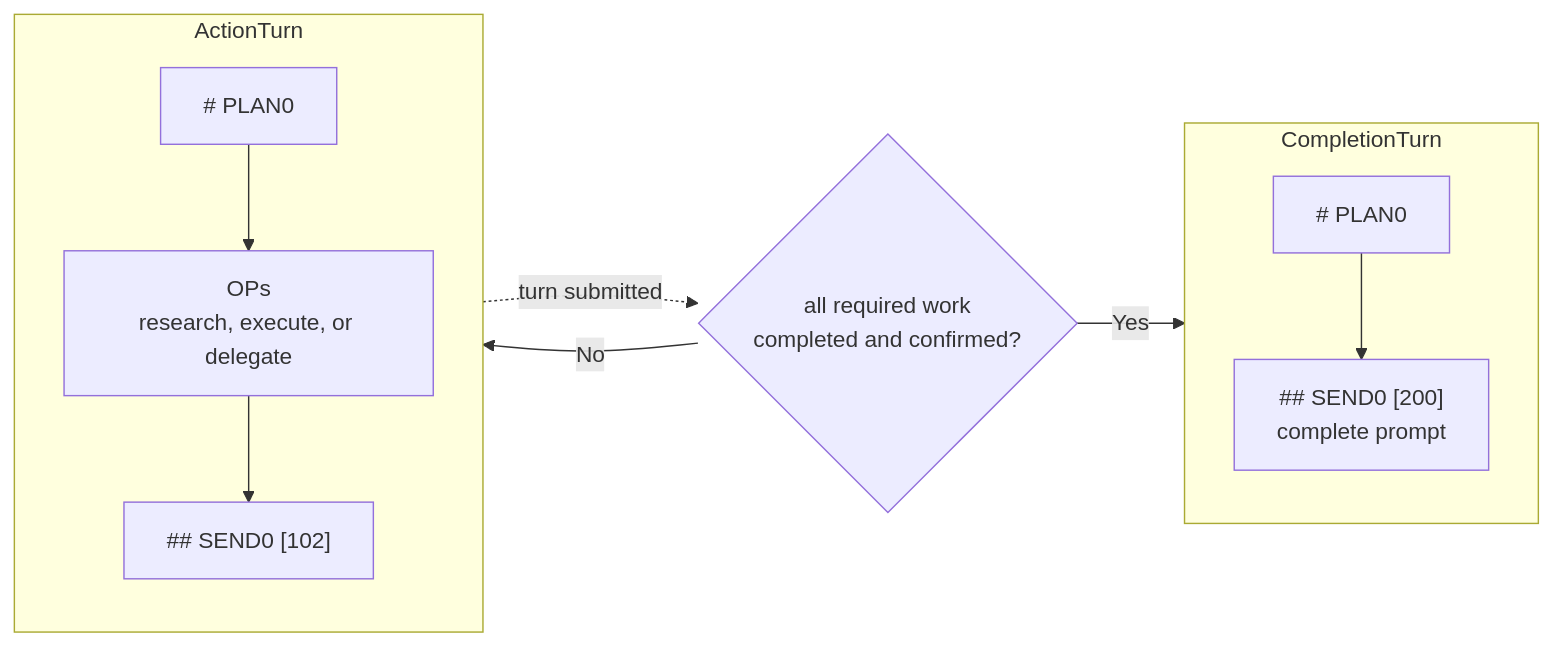
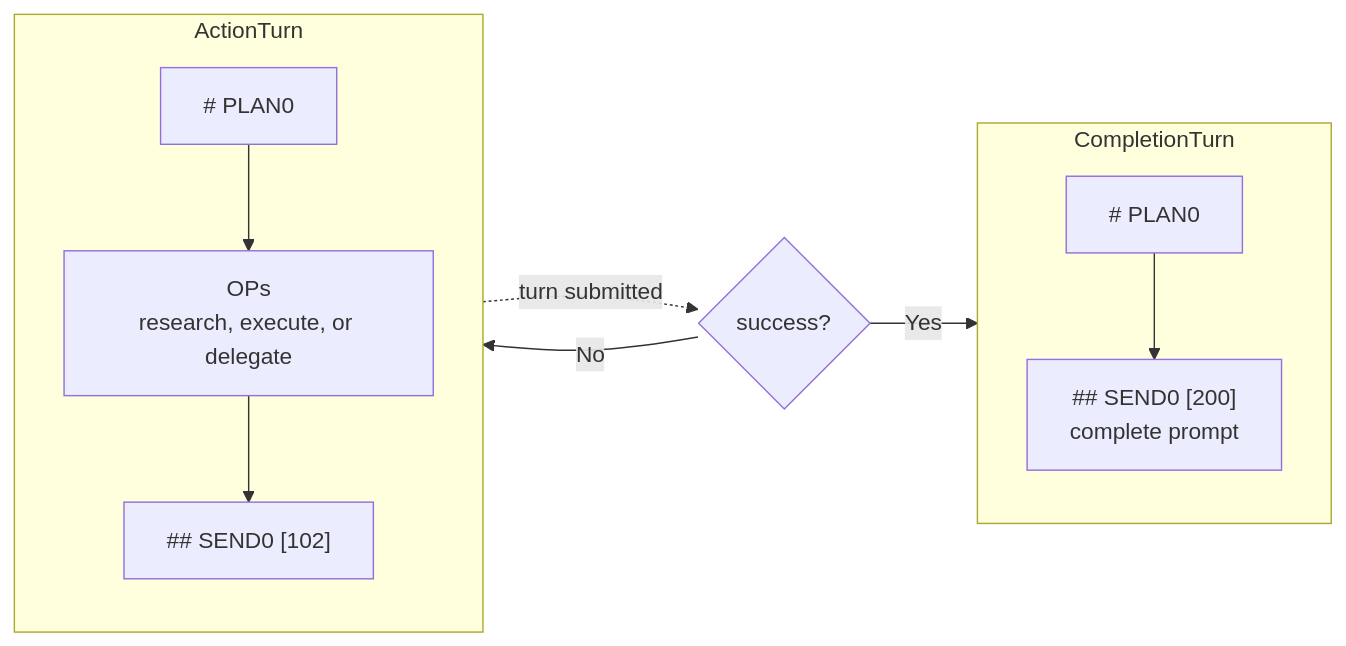
One commit to plurnk/plurnk-service changed the first of 2 diagrams in plurnk-contracts/plurnk.md. Above: the diagram before and after it, drawn with Mermaid.

Commit message:
docs(contracts): simplify workflow decision

````diff
--- a/plurnk-contracts/plurnk.md
+++ b/plurnk-contracts/plurnk.md
@@ -35,23 +35,23 @@
 ```mermaid
 flowchart LR
     subgraph ActionTurn
         direction TB
         ActionPlan["# PLAN0"]
         ActionOps["OPs<br>research, execute, or delegate"]
         Continue["## SEND0 [102]"]
         ActionPlan --> ActionOps --> Continue
     end
 
-    CompletionConfirmed{"all required work<br>completed and confirmed?"}
+    PromptSuccess{"success?"}
 
     subgraph CompletionTurn
         direction TB
         CompletionPlan["# PLAN0"]
         Complete["## SEND0 [200]<br>complete prompt"]
         CompletionPlan --> Complete
     end
 
-    ActionTurn -. "turn submitted" .-> CompletionConfirmed
-    CompletionConfirmed -- No --> ActionTurn
-    CompletionConfirmed -- Yes --> CompletionTurn
+    ActionTurn -. "turn submitted" .-> PromptSuccess
+    PromptSuccess -- No --> ActionTurn
+    PromptSuccess -- Yes --> CompletionTurn
 ```
````
